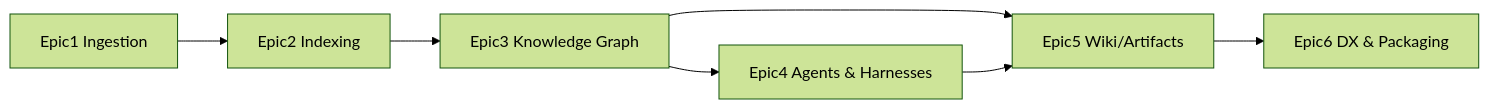
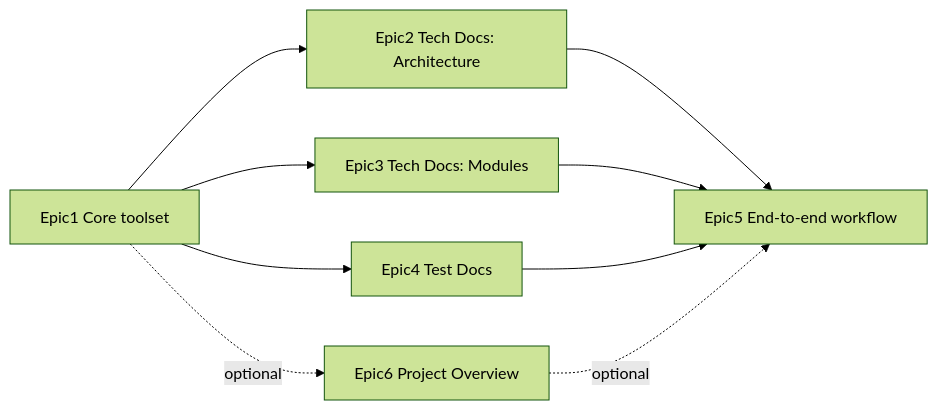
One commit to DarkKing335/Wiki-Generation changed the diagram in docs/epics.md. Above: the diagram before and after it, drawn with Mermaid (forest theme). The commit also changed other lines of this file and 4 other files, not shown here.

````diff
--- a/docs/epics.md
+++ b/docs/epics.md
@@ -87,9 +72,11 @@
 ```mermaid
 graph LR
-    E1[Epic1 Ingestion] --> E2[Epic2 Indexing]
-    E2 --> E3[Epic3 Knowledge Graph]
-    E3 --> E4[Epic4 Agents & Harnesses]
-    E3 --> E5[Epic5 Wiki/Artifacts]
+    E1[Epic1 Core toolset] --> E2[Epic2 Tech Docs: Architecture]
+    E1 --> E3[Epic3 Tech Docs: Modules]
+    E1 --> E4[Epic4 Test Docs]
+    E1 -.optional.-> E6[Epic6 Project Overview]
+    E2 --> E5[Epic5 End-to-end workflow]
+    E3 --> E5
     E4 --> E5
-    E5 --> E6[Epic6 DX & Packaging]
+    E6 -.optional.-> E5
 ```
````
